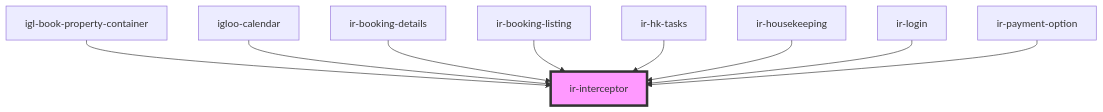
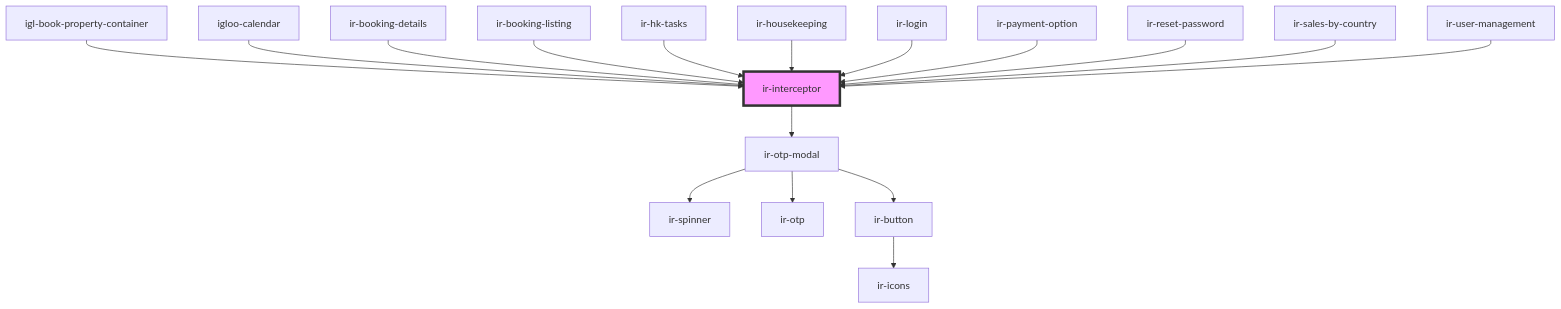
The diagram in src/components/ir-interceptor/readme.md (RonyRizk/ir-webcmp), drawn with Mermaid before and after one commit. The commit also changed other lines of this file and 293 other files, not shown here.

````diff
--- a/src/components/ir-interceptor/readme.md
+++ b/src/components/ir-interceptor/readme.md
@@ -36,12 +44,20 @@
 ```mermaid
 graph TD;
+  ir-interceptor --> ir-otp-modal
+  ir-otp-modal --> ir-spinner
+  ir-otp-modal --> ir-otp
+  ir-otp-modal --> ir-button
+  ir-button --> ir-icons
   igl-book-property-container --> ir-interceptor
   igloo-calendar --> ir-interceptor
   ir-booking-details --> ir-interceptor
   ir-booking-listing --> ir-interceptor
   ir-hk-tasks --> ir-interceptor
   ir-housekeeping --> ir-interceptor
   ir-login --> ir-interceptor
   ir-payment-option --> ir-interceptor
+  ir-reset-password --> ir-interceptor
+  ir-sales-by-country --> ir-interceptor
+  ir-user-management --> ir-interceptor
   style ir-interceptor fill:#f9f,stroke:#333,stroke-width:4px
 ```
````
